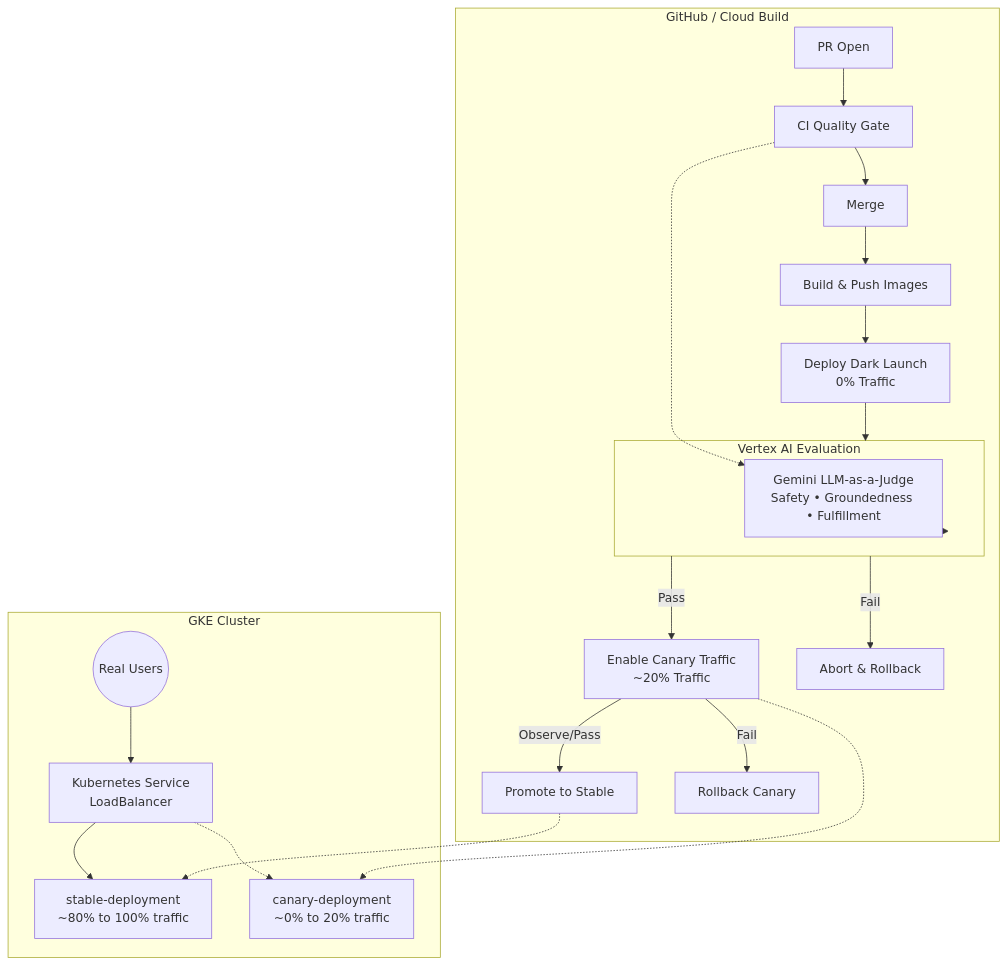
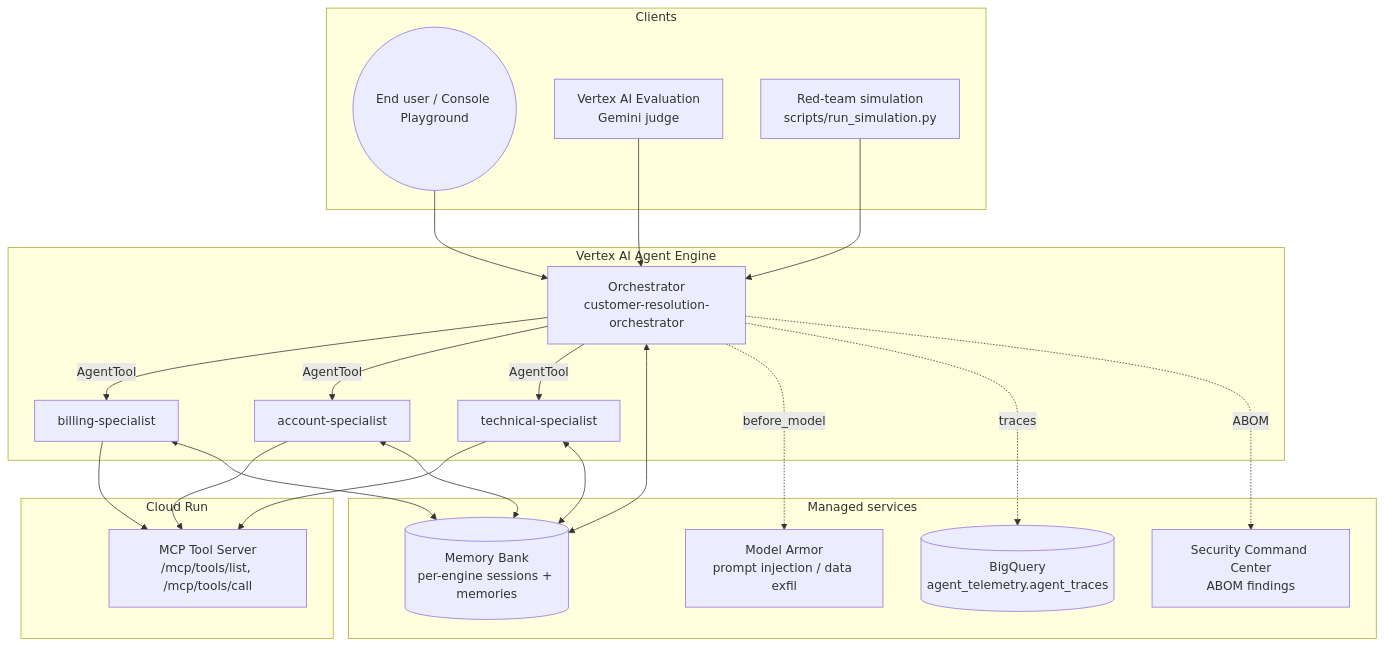
The diagram in README.md (nikhilbhide/agent-evaluation-reference), drawn with Mermaid before and after one commit. The commit also changed other lines of this file and 74 other files, not shown here.

First line of the commit message:
refactor: finish Agent Engine cutover, centralize config, rewrite README

````diff
--- a/README.md
+++ b/README.md
@@ -11,29 +17,46 @@
 ```mermaid
 graph TD
-    subgraph CI_CD [GitHub / Cloud Build]
-        PR[PR Open] --> CI[CI Quality Gate]
-        CI --> MERGE[Merge]
-        MERGE --> BUILD[Build & Push Images]
-        BUILD --> DARK[Deploy Dark Launch<br/>0% Traffic]
-        DARK --> EVAL[CD Quality Gate<br/>Evaluate Dark Pod]
-        EVAL -->|Pass| CANARY[Enable Canary Traffic<br/>~20% Traffic]
-        EVAL -->|Fail| ROLLBACK_DARK[Abort & Rollback]
-        CANARY -->|Observe/Pass| PROMOTE[Promote to Stable]
-        CANARY -->|Fail| ROLLBACK_CANARY[Rollback Canary]
+    subgraph CLIENTS [Clients]
+        USERS((End user / Console Playground))
+        EVAL[Vertex AI Evaluation<br/>Gemini judge]
+        REDTEAM[Red-team simulation<br/>scripts/run_simulation.py]
     end
 
-    subgraph GKE [GKE Cluster]
-        USERS((Real Users)) --> SVC[Kubernetes Service<br/>LoadBalancer]
-        SVC --> STABLE[stable-deployment<br/>~80% to 100% traffic]
-        SVC -.-> CANARY_POD[canary-deployment<br/>~0% to 20% traffic]
+    subgraph AE [Vertex AI Agent Engine]
+        ORCH[Orchestrator<br/>customer-resolution-orchestrator]
+        BILL[billing-specialist]
+        ACCT[account-specialist]
+        TECH[technical-specialist]
+        ORCH -->|AgentTool| BILL
+        ORCH -->|AgentTool| ACCT
+        ORCH -->|AgentTool| TECH
     end
 
-    subgraph EVAL [Vertex AI Evaluation]
-        JUDGE[Gemini LLM-as-a-Judge<br/>Safety • Groundedness • Fulfillment]
+    subgraph MCP [Cloud Run]
+        MCPSRV[MCP Tool Server<br/>/mcp/tools/list, /mcp/tools/call]
     end
 
-    PROMOTE -.-> STABLE
-    EVAL ---> JUDGE
-    CI -.-> JUDGE
-    CANARY -.-> CANARY_POD
+    subgraph DATA [Managed services]
+        MB[(Memory Bank<br/>per-engine sessions + memories)]
+        BQ[(BigQuery<br/>agent_telemetry.agent_traces)]
+        SCC[Security Command Center<br/>ABOM findings]
+        ARMOR[Model Armor<br/>prompt injection / data exfil]
+    end
+
+    USERS --> ORCH
+    EVAL --> ORCH
+    REDTEAM --> ORCH
+
+    BILL --> MCPSRV
+    ACCT --> MCPSRV
+    TECH --> MCPSRV
+
+    ORCH <--> MB
+    BILL <--> MB
+    ACCT <--> MB
+    TECH <--> MB
+
+    ORCH -.before_model.-> ARMOR
+    ORCH -.traces.-> BQ
+    ORCH -.ABOM.-> SCC
 ```
````
